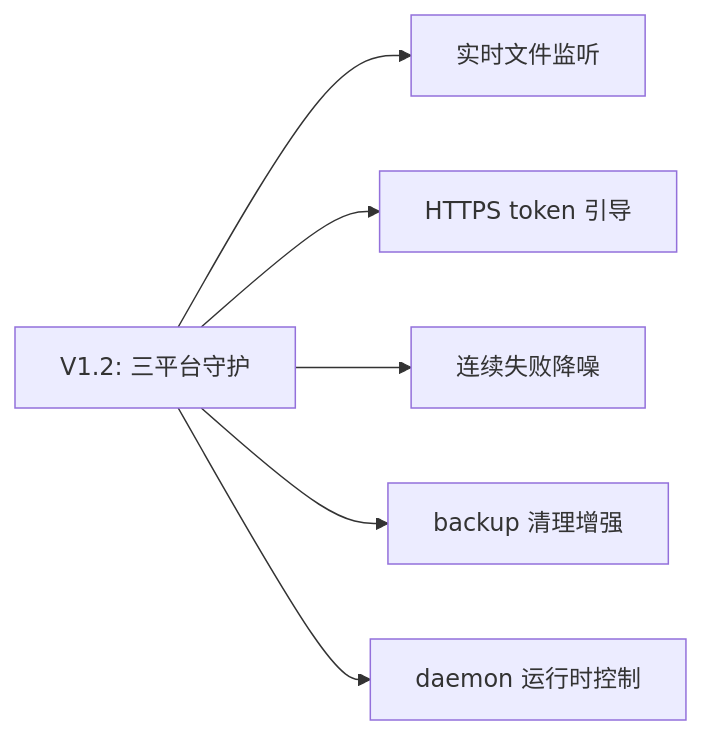
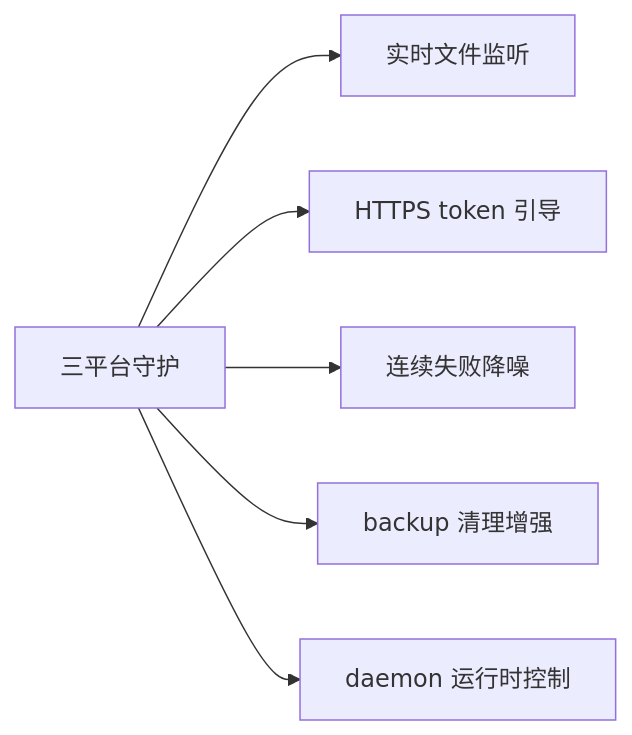
Before and after one commit to int2t05/AutoSync: the diagram in docs/TODO.md, drawn with Mermaid. The commit also changed other lines of this file and 27 other files, not shown here.

````diff
--- a/docs/TODO.md
+++ b/docs/TODO.md
@@ -36,8 +18,8 @@
 ```mermaid
 flowchart LR
-  NOW[V1.2: 三平台守护] --> B[实时文件监听]
+  NOW[三平台守护] --> B[实时文件监听]
   NOW --> C[HTTPS token 引导]
   NOW --> D[连续失败降噪]
   NOW --> E[backup 清理增强]
   NOW --> F[daemon 运行时控制]
 ```
````
